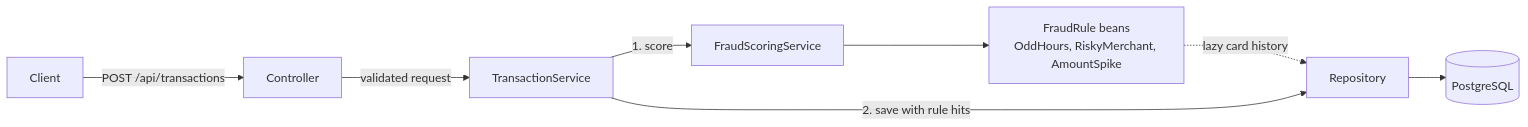
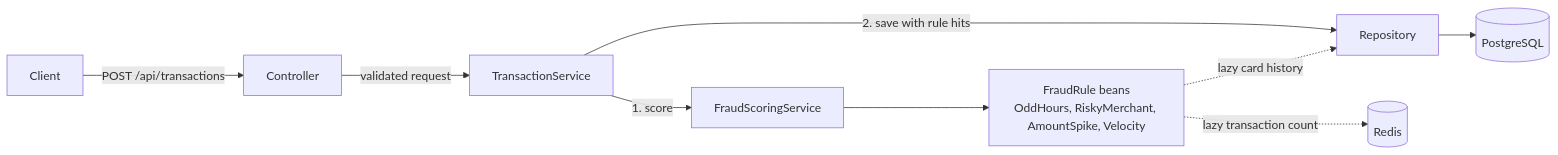
The diagram in README.md (PerumallaSG2/fraud-detection), drawn with Mermaid before and after one commit. The commit also changed other lines of this file and 4 other files, not shown here.

````diff
--- a/README.md
+++ b/README.md
@@ -13,10 +13,11 @@
 ```mermaid
 flowchart LR
     Client -->|POST /api/transactions| Controller
     Controller -->|validated request| TransactionService
     TransactionService -->|1. score| FraudScoringService
-    FraudScoringService --> Rules["FraudRule beans<br/>OddHours, RiskyMerchant, AmountSpike"]
+    FraudScoringService --> Rules["FraudRule beans<br/>OddHours, RiskyMerchant, AmountSpike, Velocity"]
     Rules -.->|lazy card history| Repository
+    Rules -.->|lazy transaction count| Redis[(Redis)]
     TransactionService -->|2. save with rule hits| Repository
     Repository --> Postgres[(PostgreSQL)]
 ```
````
